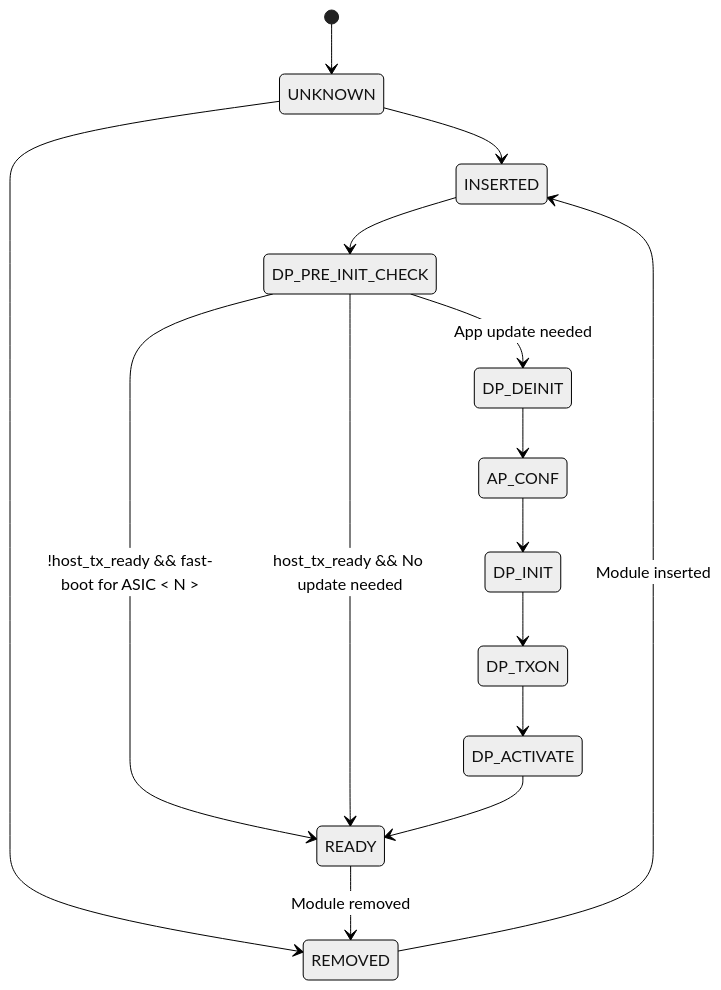
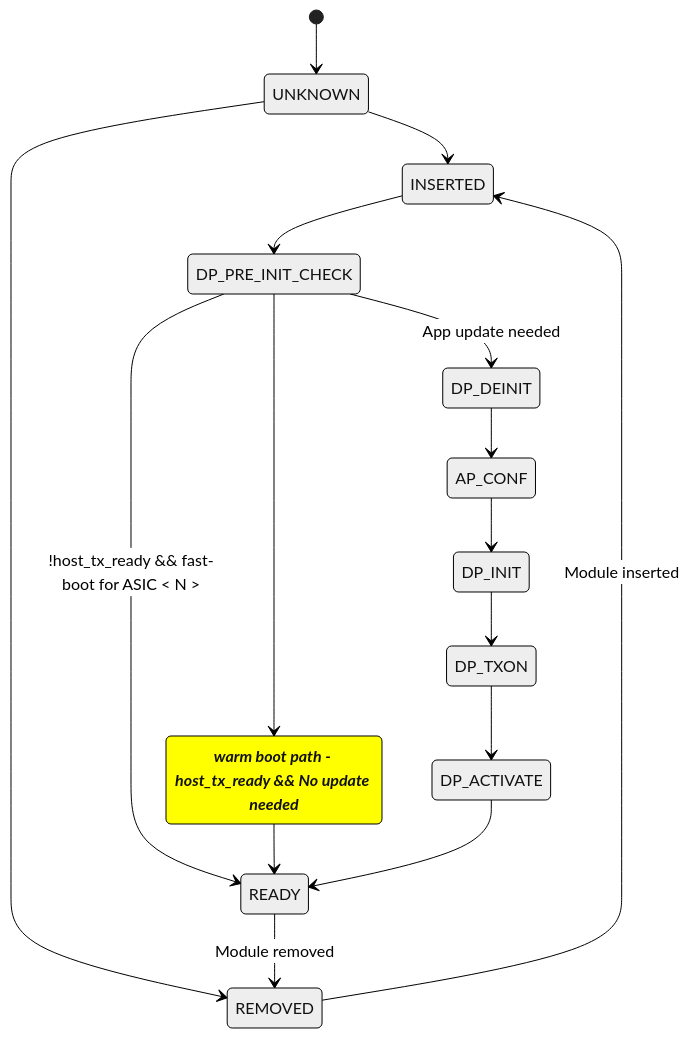
One commit to sonic-net/SONiC changed the third of 5 diagrams in doc/warm-reboot/Multi_ASIC_warm_reboot.md. Above: the diagram before and after it, drawn with Mermaid (neutral theme). The commit also changed other lines of this file, not shown here.

Commit message:
Enhance state diagram with warm boot path check
Added a warm boot path check for ASIC in the state diagram.

````diff
--- a/doc/warm-reboot/Multi_ASIC_warm_reboot.md
+++ b/doc/warm-reboot/Multi_ASIC_warm_reboot.md
@@ -592,30 +592,35 @@
 ```mermaid
 stateDiagram-v2
     [*] --> UNKNOWN
+
+    classDef yourState font-style:italic,font-weight:bold,fill:yellow
     
     UNKNOWN --> INSERTED
     UNKNOWN --> REMOVED
     
     INSERTED --> DP_PRE_INIT_CHECK
 
-    
+   
     DP_PRE_INIT_CHECK --> READY : !host_tx_ready && fast-boot for ASIC < N >
     DP_PRE_INIT_CHECK --> DP_DEINIT : App update needed
-    DP_PRE_INIT_CHECK --> READY : host_tx_ready && No update needed
+    
+    check: warm boot path - host_tx_ready && No update needed
+    DP_PRE_INIT_CHECK --> check:::yourState
+    check --> READY
     
     DP_DEINIT --> AP_CONF
    
     
     AP_CONF --> DP_INIT
     
     DP_INIT --> DP_TXON
     
     DP_TXON --> DP_ACTIVATE
     
     DP_ACTIVATE --> READY
     
 
     READY --> REMOVED: Module removed
     
     REMOVED --> INSERTED: Module inserted
 ```
````
